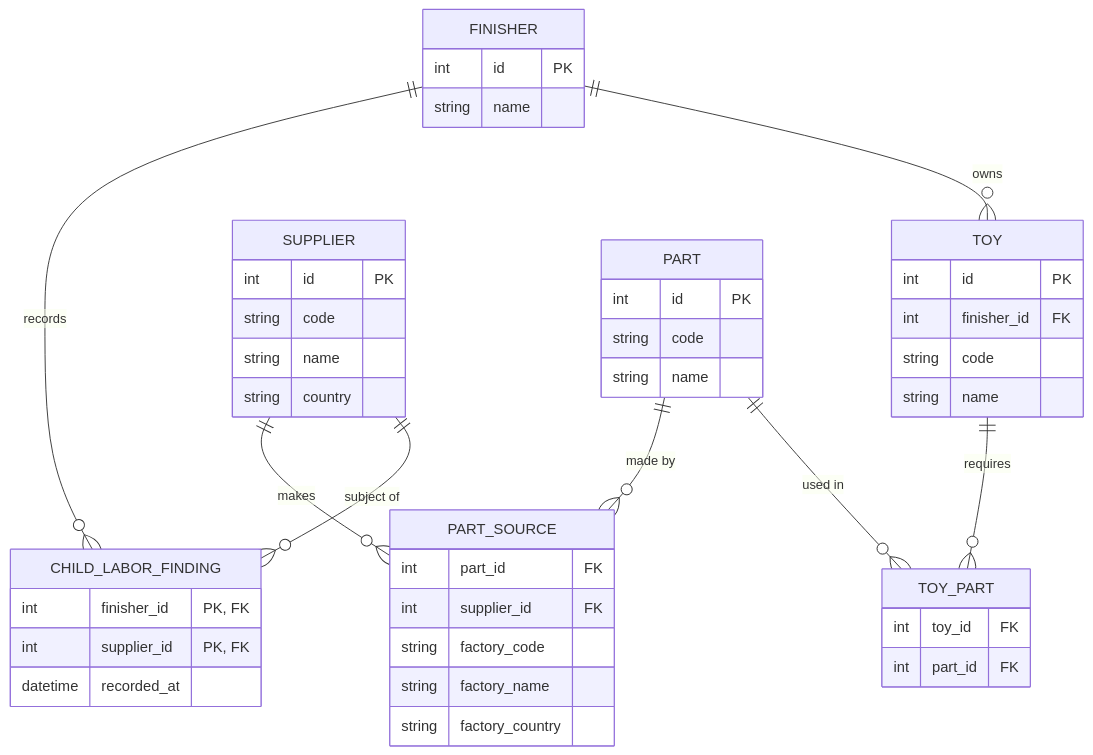
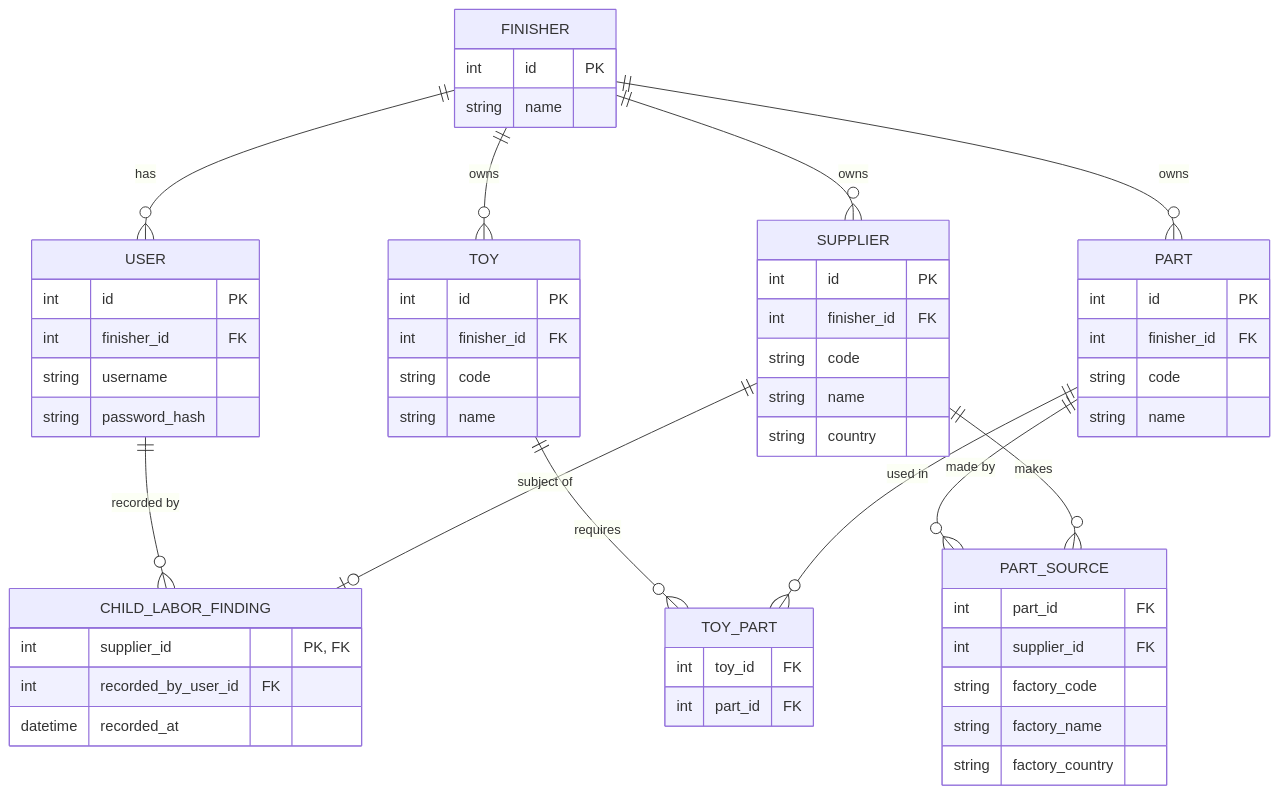
The third of 4 diagrams in docs/design.md (take-home-tract/FairToy), drawn with Mermaid before and after one commit. The commit also changed other lines of this file and 5 other files, not shown here.

````diff
--- a/docs/design.md
+++ b/docs/design.md
@@ -62,34 +68,43 @@
 ```mermaid
 erDiagram
+    FINISHER ||--o{ USER : "has"
+    USER ||--o{ CHILD_LABOR_FINDING : "recorded by"
     FINISHER ||--o{ TOY : owns
-    FINISHER ||--o{ CHILD_LABOR_FINDING : records
-    SUPPLIER ||--o{ CHILD_LABOR_FINDING : "subject of"
+    FINISHER ||--o{ PART : owns
+    FINISHER ||--o{ SUPPLIER : owns
+    SUPPLIER ||--o| CHILD_LABOR_FINDING : "subject of"
     TOY ||--o{ TOY_PART : requires
     PART ||--o{ TOY_PART : "used in"
     PART ||--o{ PART_SOURCE : "made by"
     SUPPLIER ||--o{ PART_SOURCE : makes
 
     FINISHER { int id PK
         string name }
+    USER { int id PK
+        int finisher_id FK
+        string username
+        string password_hash }
     TOY { int id PK
         int finisher_id FK
         string code
         string name }
     PART { int id PK
+        int finisher_id FK
         string code
         string name }
     SUPPLIER { int id PK
+        int finisher_id FK
         string code
         string name
         string country }
     TOY_PART { int toy_id FK
         int part_id FK }
     PART_SOURCE { int part_id FK
         int supplier_id FK
         string factory_code
         string factory_name
         string factory_country }
-    CHILD_LABOR_FINDING { int finisher_id "PK, FK"
-        int supplier_id "PK, FK"
+    CHILD_LABOR_FINDING { int supplier_id "PK, FK"
+        int recorded_by_user_id FK
         datetime recorded_at }
 ```
````
